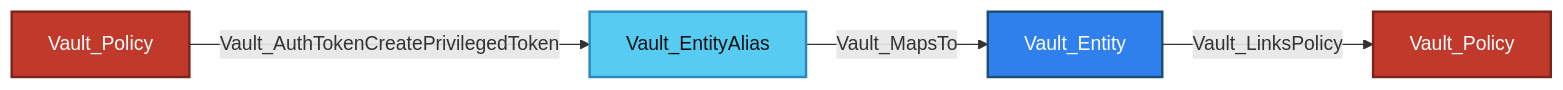
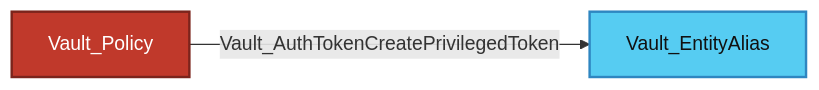
Before and after one commit to bytewreck/opengraph-vault: diagram 27 of 28 in Documentation/stores/AUTH.md, drawn with Mermaid. The commit also changed other lines of this file and 5 other files, not shown here.

````diff
--- a/Documentation/stores/AUTH.md
+++ b/Documentation/stores/AUTH.md
@@ -1619,10 +1614,7 @@
 ```mermaid
 flowchart LR
     P1[Vault_Policy]:::policyNode -->|Vault_AuthTokenCreatePrivilegedToken| EA[Vault_EntityAlias]:::entityAliasNode
-    EA -->|Vault_MapsTo| VE[Vault_Entity]:::entityNode
-    VE -->|Vault_LinksPolicy| P2[Vault_Policy]:::policyNode
 
     classDef policyNode fill:#C0392B,color:#fff,stroke:#7B241C,stroke-width:2px
     classDef entityAliasNode fill:#56CCF2,color:#111,stroke:#2E86C1,stroke-width:2px
-    classDef entityNode fill:#2F80ED,color:#fff,stroke:#1B4F72,stroke-width:2px
 ```
````
